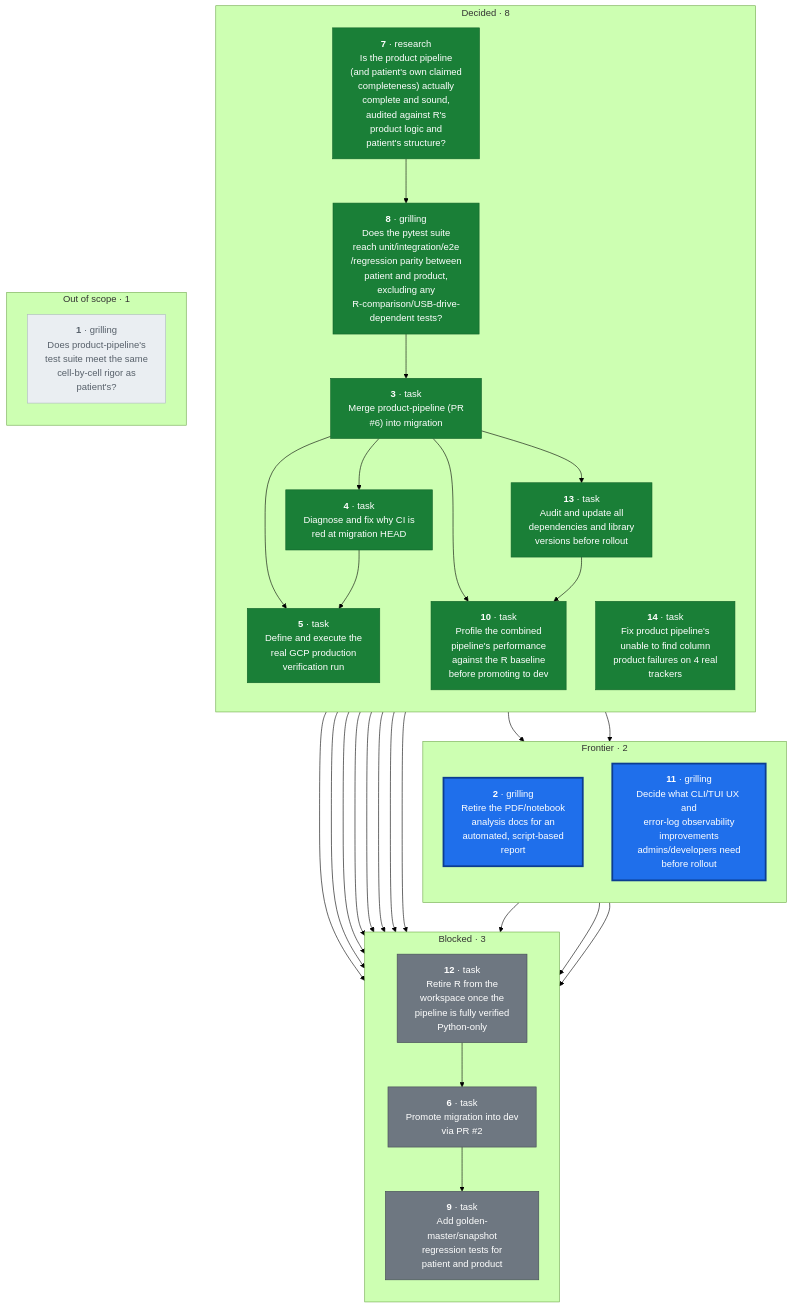
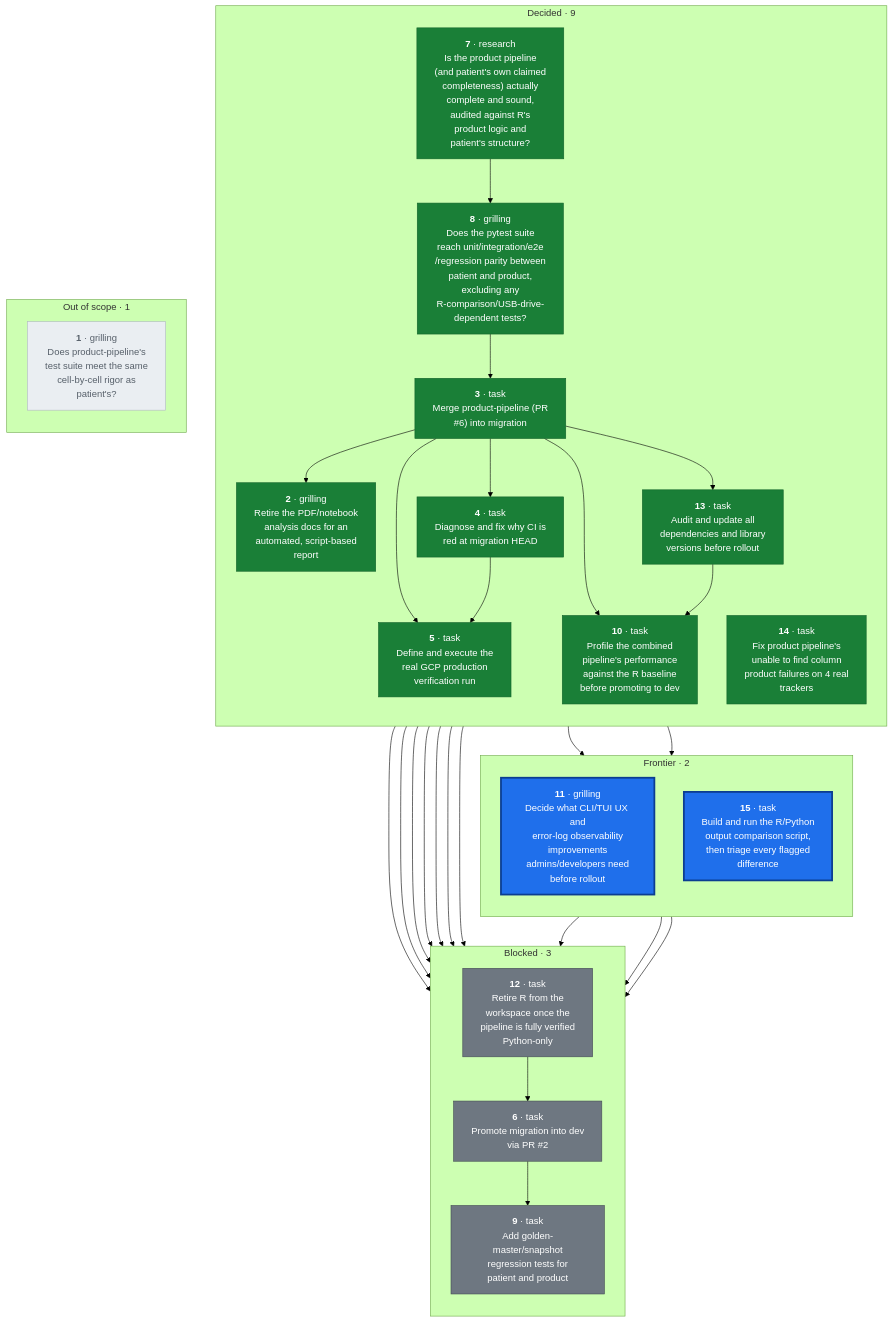
Before and after one commit to CorrelAid/a4d: the diagram in docs/wayfinder/graph.mmd, drawn with Mermaid (forest theme). The commit also changed 10 other files, not shown here.

First line of the commit message:
Close ticket 2 (comparison-doc strategy), spawn ticket 15 to build/run it

```diff
--- a/docs/wayfinder/graph.mmd
+++ b/docs/wayfinder/graph.mmd
@@ -1,60 +1,61 @@
 flowchart TD
   subgraph FRONTIER["Frontier · 2"]
     direction TB
-    T2["<b>2</b> · grilling<br/>Retire the PDF/notebook<br/>analysis docs for an<br/>automated, script-based<br/>report"]
     T11["<b>11</b> · grilling<br/>Decide what CLI/TUI UX and<br/>error-log observability<br/>improvements<br/>admins/developers need<br/>before rollout"]
+    T15["<b>15</b> · task<br/>Build and run the R/Python<br/>output comparison script,<br/>then triage every flagged<br/>difference"]
   end
   subgraph BLOCKED["Blocked · 3"]
     direction TB
     T6["<b>6</b> · task<br/>Promote migration into dev<br/>via PR #2"]
     T9["<b>9</b> · task<br/>Add golden-master/snapshot<br/>regression tests for<br/>patient and product"]
     T12["<b>12</b> · task<br/>Retire R from the<br/>workspace once the<br/>pipeline is fully verified<br/>Python-only"]
   end
-  subgraph DECIDED["Decided · 8"]
+  subgraph DECIDED["Decided · 9"]
     direction TB
+    T2["<b>2</b> · grilling<br/>Retire the PDF/notebook<br/>analysis docs for an<br/>automated, script-based<br/>report"]
     T3["<b>3</b> · task<br/>Merge product-pipeline (PR<br/>#6) into migration"]
     T4["<b>4</b> · task<br/>Diagnose and fix why CI is<br/>red at migration HEAD"]
     T5["<b>5</b> · task<br/>Define and execute the<br/>real GCP production<br/>verification run"]
     T7["<b>7</b> · research<br/>Is the product pipeline<br/>(and patient's own claimed<br/>completeness) actually<br/>complete and sound,<br/>audited against R's<br/>product logic and<br/>patient's structure?"]
     T8["<b>8</b> · grilling<br/>Does the pytest suite<br/>reach unit/integration/e2e<br/>/regression parity between<br/>patient and product,<br/>excluding any<br/>R-comparison/USB-drive-<br/>dependent tests?"]
     T10["<b>10</b> · task<br/>Profile the combined<br/>pipeline's performance<br/>against the R baseline<br/>before promoting to dev"]
     T13["<b>13</b> · task<br/>Audit and update all<br/>dependencies and library<br/>versions before rollout"]
     T14["<b>14</b> · task<br/>Fix product pipeline's<br/>unable to find column<br/>product failures on 4 real<br/>trackers"]
   end
   subgraph DROPPED["Out of scope · 1"]
     direction TB
     T1["<b>1</b> · grilling<br/>Does product-pipeline's<br/>test suite meet the same<br/>cell-by-cell rigor as<br/>patient's?"]
   end
 
-  T2 --> T6
-  T2 --> T12
+  T2 --> T15
   T3 --> T2
   T3 --> T4
   T3 --> T5
   T3 --> T6
   T3 --> T10
   T3 --> T11
   T3 --> T13
   T4 --> T5
   T4 --> T6
   T5 --> T6
   T6 --> T9
   T7 --> T8
   T8 --> T3
   T8 --> T6
   T10 --> T6
-  T10 --> T12
   T11 --> T6
   T12 --> T6
   T13 --> T6
   T13 --> T10
   T14 --> T6
+  T15 --> T6
+  T15 --> T12
 
   classDef frontier fill:#1f6feb,stroke:#0b3d91,stroke-width:3px,color:#ffffff
-  class T2,T11 frontier
+  class T11,T15 frontier
   classDef blocked fill:#6e7781,stroke:#424a53,stroke-width:1px,color:#ffffff
   class T6,T9,T12 blocked
   classDef decided fill:#1a7f37,stroke:#116329,stroke-width:1px,color:#ffffff
-  class T3,T4,T5,T7,T8,T10,T13,T14 decided
+  class T2,T3,T4,T5,T7,T8,T10,T13,T14 decided
   classDef dropped fill:#eaeef2,stroke:#afb8c1,stroke-width:1px,color:#57606a
   class T1 dropped
```
